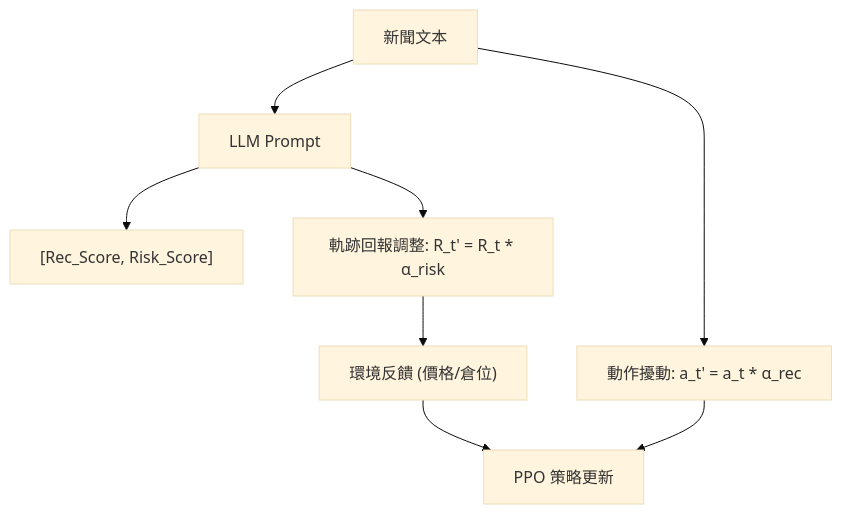
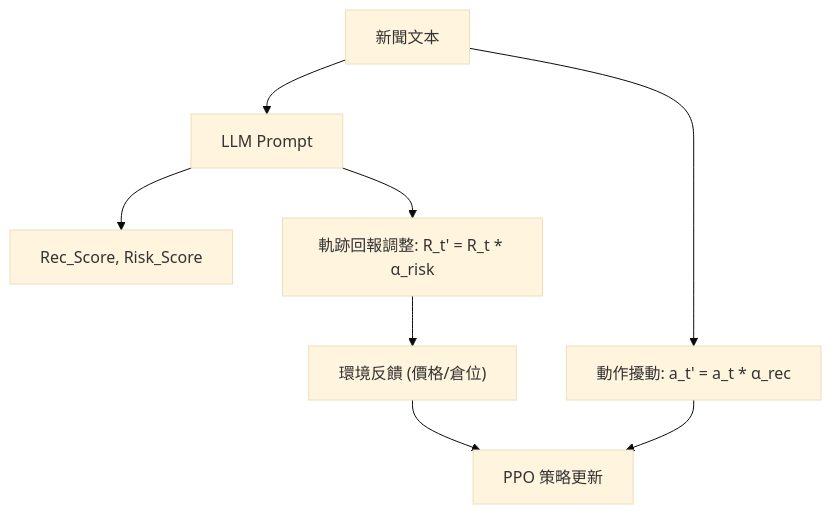
One commit to sou350121/Trading-Handbook changed the diagram in foundations/reinforcement-learning/finrl-deepseek.md. Above: the diagram before and after it, drawn with Mermaid (base theme). The commit also changed 191 other files, not shown here.

First line of the commit message:
render: fix math + mermaid for GitHub across the corpus (188 pages)

````diff
--- a/foundations/reinforcement-learning/finrl-deepseek.md
+++ b/foundations/reinforcement-learning/finrl-deepseek.md
@@ -30,10 +30,10 @@
 ```mermaid
 flowchart TD
     A["新聞文本"] --> B["LLM Prompt"]
-    B --> C["[Rec_Score, Risk_Score]"]
+    B --> C["Rec_Score, Risk_Score"]
     A --> D["動作擾動: a_t' = a_t * α_rec"]
     B --> E["軌跡回報調整: R_t' = R_t * α_risk"]
     D --> F["PPO 策略更新"]
     E --> G["環境反饋 (價格/倉位)"]
     G --> F
 ```
````
